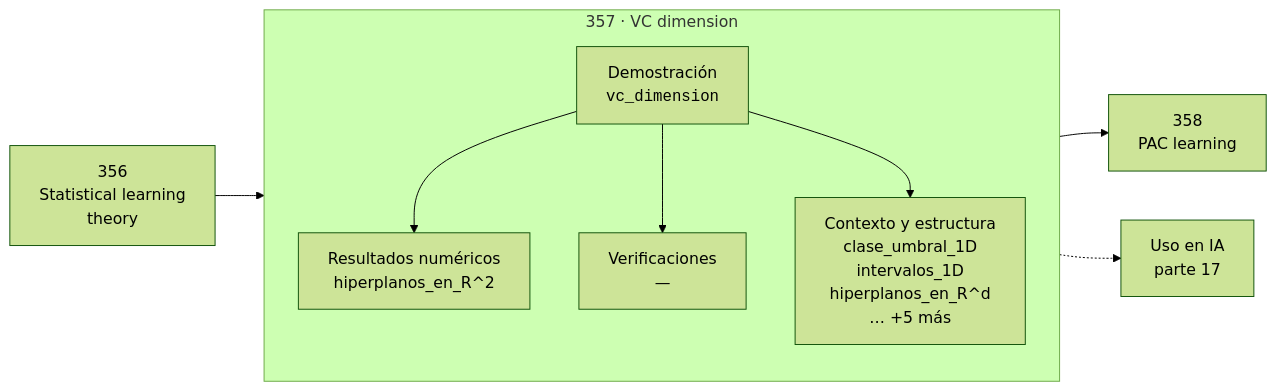
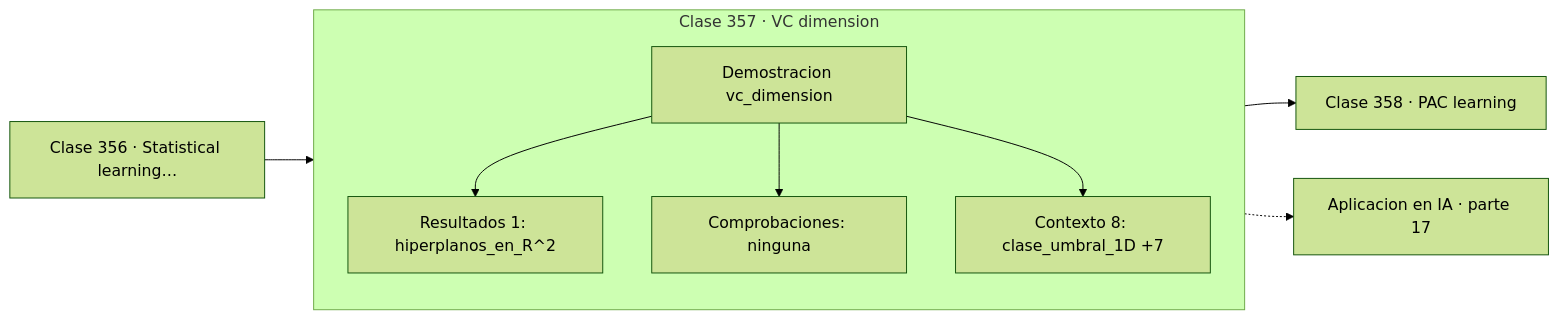
One commit to vladimiracunadev-create/computational-mathematics-program changed the diagram in classes/part-17-frontera-matematica-para-ia-e-investigacion/357-vc-dimension/README.md. Above: the diagram before and after it, drawn with Mermaid (forest theme). The commit also changed 389 other files, not shown here.

First line of the commit message:
fix(diagramas): elimina el HTML de las etiquetas Mermaid

````diff
--- a/classes/part-17-frontera-matematica-para-ia-e-investigacion/357-vc-dimension/README.md
+++ b/classes/part-17-frontera-matematica-para-ia-e-investigacion/357-vc-dimension/README.md
@@ -30,12 +30,13 @@
 ```mermaid
 flowchart LR
-    P["356<br/>Statistical learning<br/>theory"] --> C
-    subgraph C["357 · VC dimension"]
+    P["Clase 356 · Statistical learning…"] --> D
+    subgraph CLASE["Clase 357 · VC dimension"]
         direction TB
-        D["Demostración<br/><code>vc_dimension</code>"] --> R["Resultados numéricos<br/>hiperplanos_en_R^2"]
-        D --> V["Verificaciones<br/>—"]
-        D --> O["Contexto y estructura<br/>clase_umbral_1D<br/>intervalos_1D<br/>hiperplanos_en_R^d<br/>… +5 más"]
+        D["Demostracion vc_dimension"]
+        D --> R["Resultados 1: hiperplanos_en_R^2"]
+        D --> V["Comprobaciones: ninguna"]
+        D --> O["Contexto 8: clase_umbral_1D +7"]
     end
-    C --> N["358<br/>PAC learning"]
-    C -.-> IA["Uso en IA<br/>parte 17"]
+    R --> N["Clase 358 · PAC learning"]
+    V -.-> IA["Aplicacion en IA · parte 17"]
 ```
````
